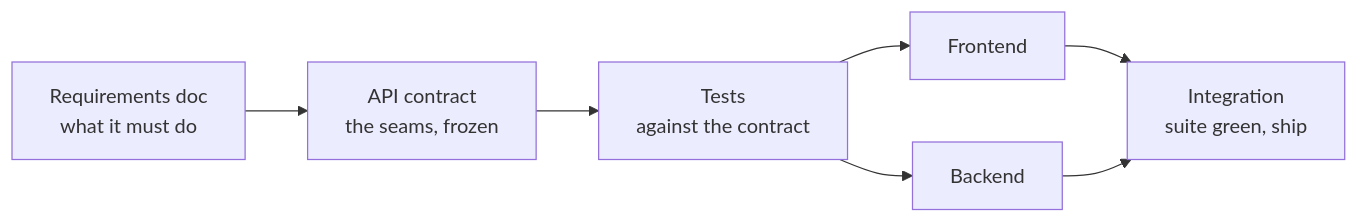
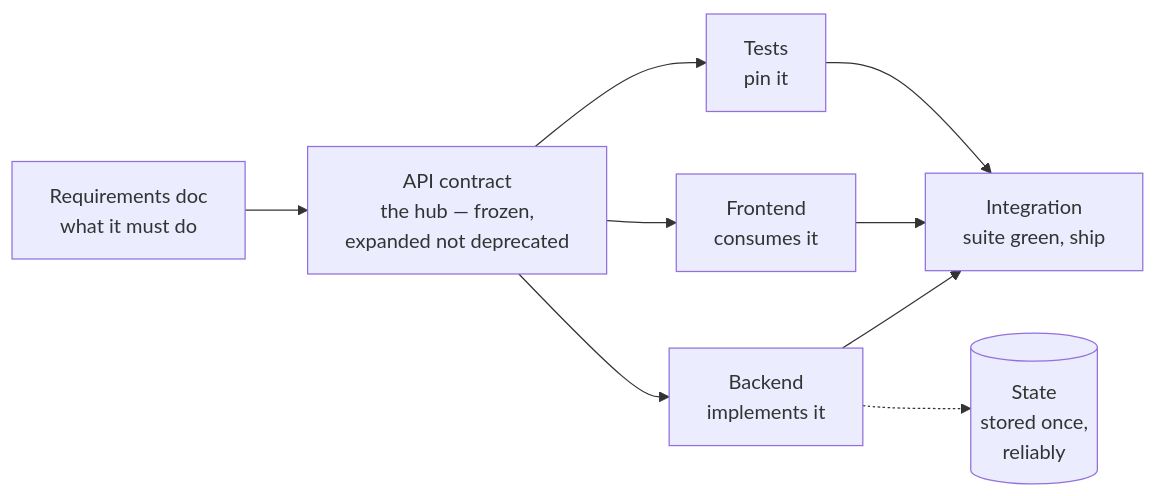
One commit to edhaynes/eds-rules changed the first of 7 diagrams in book/ch02.md. Above: the diagram before and after it, drawn with Mermaid. The commit also changed other lines of this file, not shown here.

Commit message:
fix: Ch2 design flow — API is the hub; tests|frontend|backend parallel; expand-don't-deprecate; state stored once

````diff
--- a/book/ch02.md
+++ b/book/ch02.md
@@ -23,9 +23,11 @@
 ```mermaid
 flowchart LR
-    REQ["Requirements doc<br/>what it must do"] --> API["API contract<br/>the seams, frozen"]
-    API --> TESTS["Tests<br/>against the contract"]
-    TESTS --> FE["Frontend"]
-    TESTS --> BE["Backend"]
-    FE --> SHIP["Integration<br/>suite green, ship"]
+    REQ["Requirements doc<br/>what it must do"] --> API["API contract<br/>the hub — frozen,<br/>expanded not deprecated"]
+    API --> TESTS["Tests<br/>pin it"]
+    API --> FE["Frontend<br/>consumes it"]
+    API --> BE["Backend<br/>implements it"]
+    TESTS --> SHIP["Integration<br/>suite green, ship"]
+    FE --> SHIP
     BE --> SHIP
+    BE -.-> STATE[("State<br/>stored once,<br/>reliably")]
 ```
````
